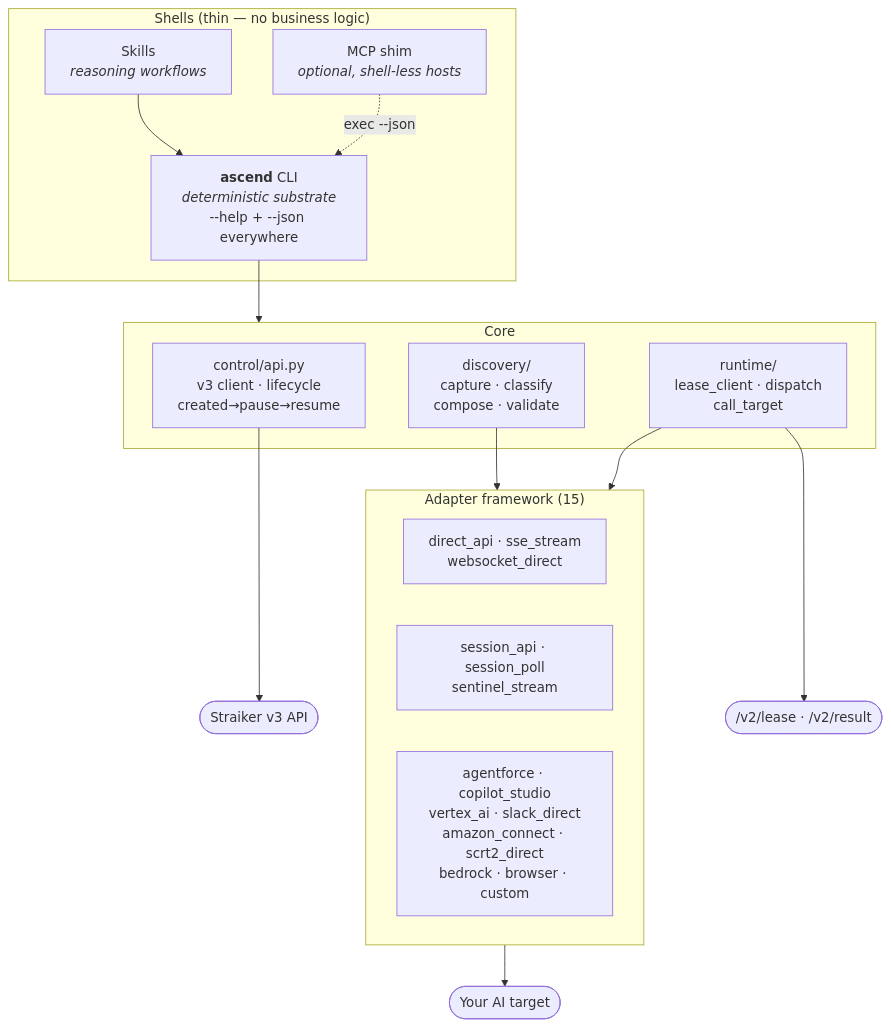
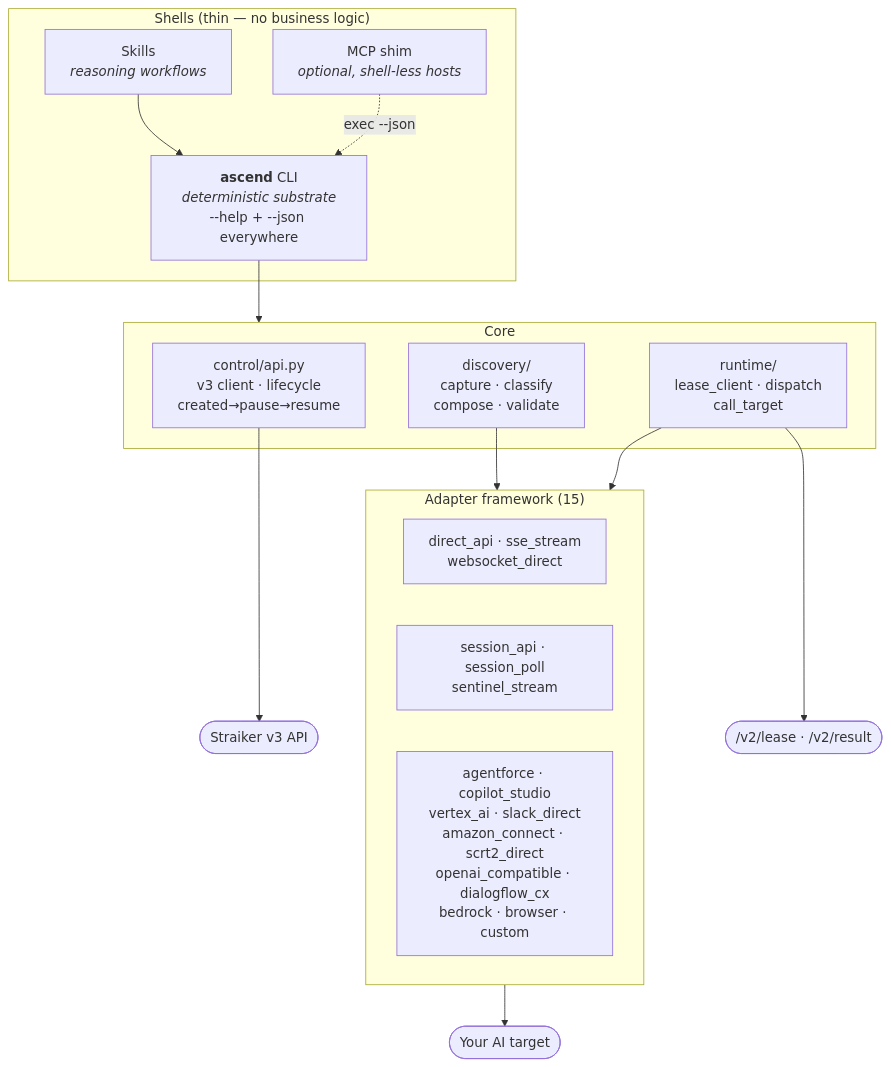
The second of 4 diagrams in README.md (PhimmStraiker/ascend-cli), drawn with Mermaid before and after one commit. The commit also changed 15 other files, not shown here.

````diff
--- a/README.md
+++ b/README.md
@@ -95,26 +95,26 @@
 ```mermaid
 flowchart TB
     subgraph shells["Shells (thin — no business logic)"]
         CLI["<b>ascend</b> CLI<br/><i>deterministic substrate</i><br/>--help + --json everywhere"]
         SK["Skills<br/><i>reasoning workflows</i>"]
         MCP["MCP shim<br/><i>optional, shell-less hosts</i>"]
     end
     subgraph core["Core"]
         CTRL["control/api.py<br/>v3 client · lifecycle<br/>created→pause→resume"]
         DISC["discovery/<br/>capture · classify<br/>compose · validate"]
         RT["runtime/<br/>lease_client · dispatch<br/>call_target"]
     end
     subgraph adapters["Adapter framework (15)"]
         A1["direct_api · sse_stream<br/>websocket_direct"]
         A2["session_api · session_poll<br/>sentinel_stream"]
-        A3["agentforce · copilot_studio<br/>vertex_ai · slack_direct<br/>amazon_connect · scrt2_direct<br/>bedrock · browser · custom"]
+        A3["agentforce · copilot_studio<br/>vertex_ai · slack_direct<br/>amazon_connect · scrt2_direct<br/>openai_compatible · dialogflow_cx<br/>bedrock · browser · custom"]
     end
     CLI --> core
     SK --> CLI
     MCP -.exec --json.-> CLI
     RT --> adapters
     DISC --> adapters
     adapters --> TGT(["Your AI target"])
     CTRL --> API(["Straiker v3 API"])
     RT --> BR(["/v2/lease · /v2/result"])
 ```
````
